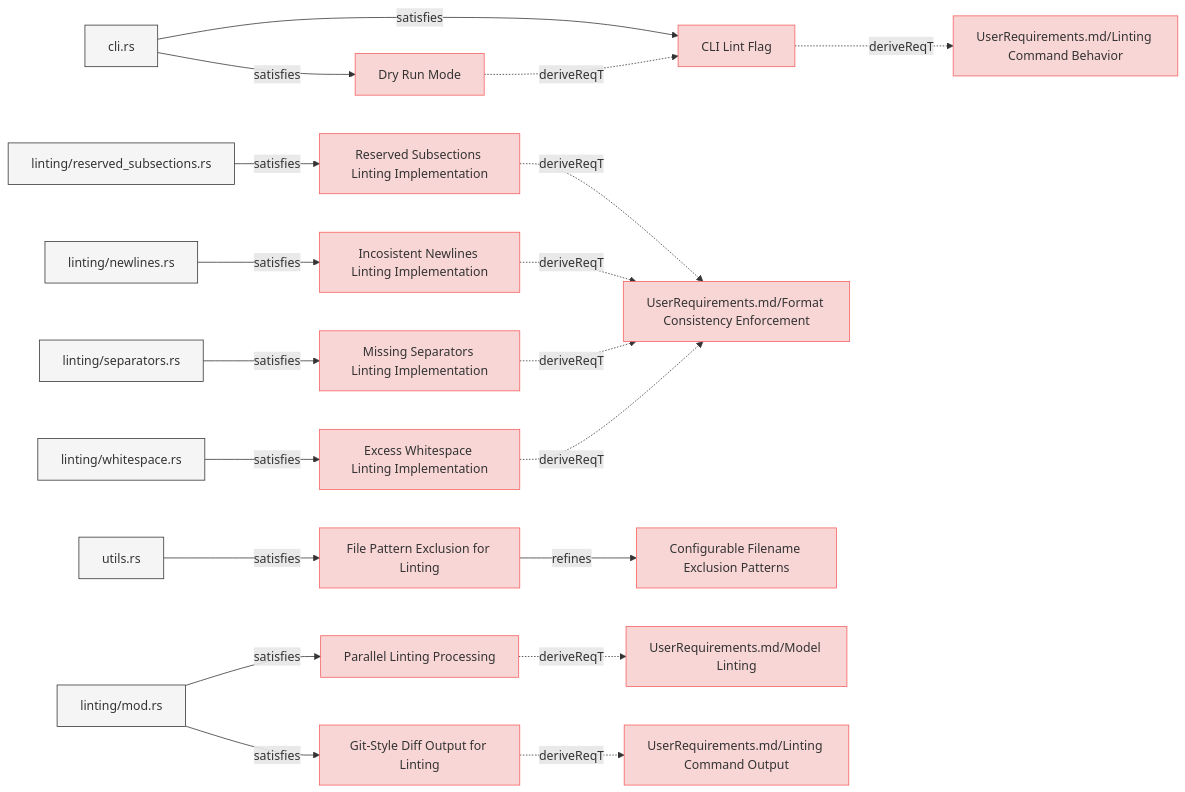
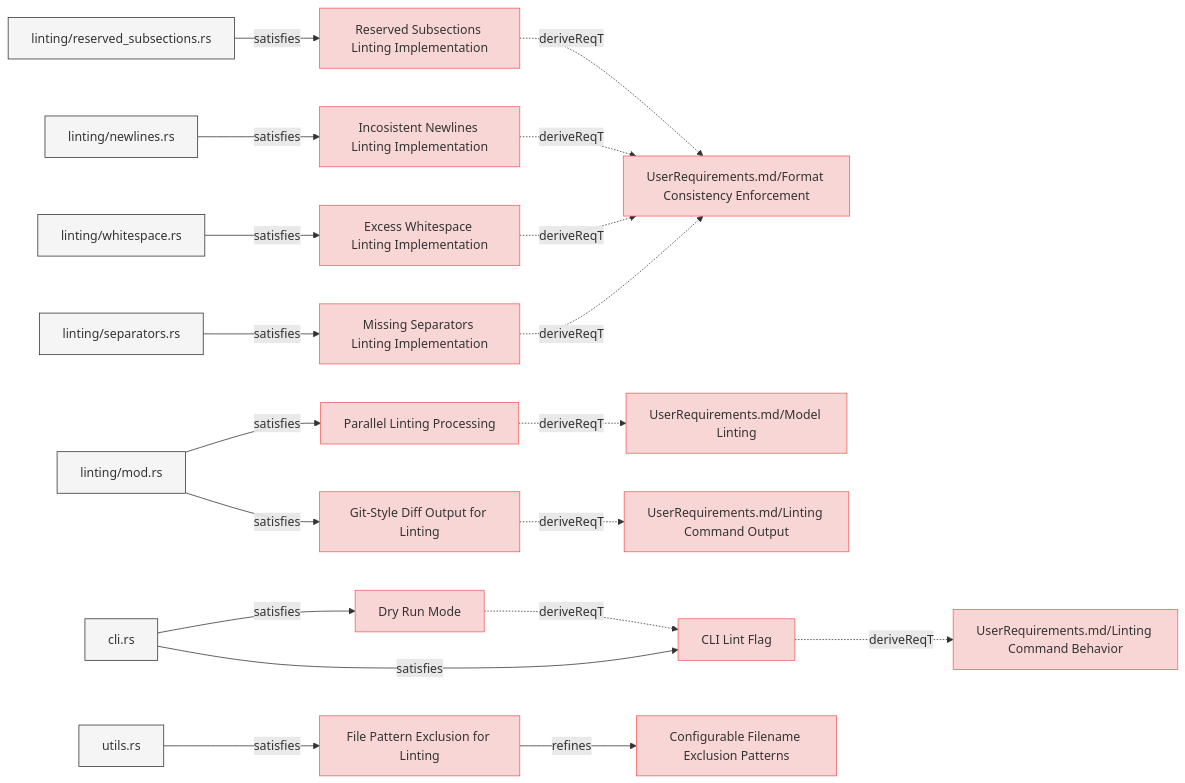
One commit to reqvire-org/reqvire changed the first of 8 diagrams in specifications/SystemRequirements/Requirements.md. Above: the diagram before and after it, drawn with Mermaid. The commit also changed other lines of this file and 16 other files, not shown here.

````diff
--- a/specifications/SystemRequirements/Requirements.md
+++ b/specifications/SystemRequirements/Requirements.md
@@ -9,85 +9,85 @@
   classDef externalLink fill:#d0e0ff,stroke:#3080ff,stroke-width:1px;
   classDef default fill:#f5f5f5,stroke:#333333,stroke-width:1px;
 
+  7c2ad2603d27c318["Git-Style Diff Output for Linting"];
+  click 7c2ad2603d27c318 "https://github.com/Reqvire/reqvire/blob/92e82ef235559b4819fd85d700024b79b452d8e3/specifications/SystemRequirements/Requirements.md#git-style-diff-output-for-linting";
+  class 7c2ad2603d27c318 requirement;
+  62c066a5aad4dafe["UserRequirements.md/Linting Command Output"];
+  class 62c066a5aad4dafe requirement;
+  click 62c066a5aad4dafe "https://github.com/Reqvire/reqvire/blob/92e82ef235559b4819fd85d700024b79b452d8e3/specifications/UserRequirements.md#linting-command-output";
+  7c2ad2603d27c318 -.->|deriveReqT| 62c066a5aad4dafe;
+  3e39cdcf485c5250["linting/mod.rs"];
+  class 3e39cdcf485c5250 default;
+  click 3e39cdcf485c5250 "https://github.com/Reqvire/reqvire/blob/92e82ef235559b4819fd85d700024b79b452d8e3/core/src/linting/mod.rs";
+  3e39cdcf485c5250 -->|satisfies| 7c2ad2603d27c318;
+  f540b21f7eced636["Missing Separators Linting Implementation"];
+  click f540b21f7eced636 "https://github.com/Reqvire/reqvire/blob/92e82ef235559b4819fd85d700024b79b452d8e3/specifications/SystemRequirements/Requirements.md#missing-separators-linting-implementation";
+  class f540b21f7eced636 requirement;
+  1ddbeea0cf8eaad5["UserRequirements.md/Format Consistency Enforcement"];
+  class 1ddbeea0cf8eaad5 requirement;
+  click 1ddbeea0cf8eaad5 "https://github.com/Reqvire/reqvire/blob/92e82ef235559b4819fd85d700024b79b452d8e3/specifications/UserRequirements.md#format-consistency-enforcement";
+  f540b21f7eced636 -.->|deriveReqT| 1ddbeea0cf8eaad5;
+  45e2af09e602182a["linting/separators.rs"];
+  class 45e2af09e602182a default;
+  click 45e2af09e602182a "https://github.com/Reqvire/reqvire/blob/92e82ef235559b4819fd85d700024b79b452d8e3/core/src/linting/separators.rs";
+  45e2af09e602182a -->|satisfies| f540b21f7eced636;
   3f235c1000d5347f["CLI Lint Flag"];
-  click 3f235c1000d5347f "https://github.com/Reqvire/reqvire/blob/b8c43d2689b933838bf1838d8a4cdf3393c9014f/specifications/SystemRequirements/Requirements.md#cli-lint-flag";
+  click 3f235c1000d5347f "https://github.com/Reqvire/reqvire/blob/92e82ef235559b4819fd85d700024b79b452d8e3/specifications/SystemRequirements/Requirements.md#cli-lint-flag";
   class 3f235c1000d5347f requirement;
   28b0f9fa78937e61["UserRequirements.md/Linting Command Behavior"];
   class 28b0f9fa78937e61 requirement;
-  click 28b0f9fa78937e61 "https://github.com/Reqvire/reqvire/blob/b8c43d2689b933838bf1838d8a4cdf3393c9014f/specifications/UserRequirements.md#linting-command";
+  click 28b0f9fa78937e61 "https://github.com/Reqvire/reqvire/blob/92e82ef235559b4819fd85d700024b79b452d8e3/specifications/UserRequirements.md#linting-command";
   3f235c1000d5347f -.->|deriveReqT| 28b0f9fa78937e61;
   2f21d2133dbfd205["cli.rs"];
   class 2f21d2133dbfd205 default;
-  click 2f21d2133dbfd205 "https://github.com/Reqvire/reqvire/blob/b8c43d2689b933838bf1838d8a4cdf3393c9014f/cli/src/cli.rs";
+  click 2f21d2133dbfd205 "https://github.com/Reqvire/reqvire/blob/92e82ef235559b4819fd85d700024b79b452d8e3/cli/src/cli.rs";
   2f21d2133dbfd205 -->|satisfies| 3f235c1000d5347f;
-  56174a2a92eb637["Reserved Subsections Linting Implementation"];
-  click 56174a2a92eb637 "https://github.com/Reqvire/reqvire/blob/b8c43d2689b933838bf1838d8a4cdf3393c9014f/specifications/SystemRequirements/Requirements.md#reserved-subsections-linting-implementation";
-  class 56174a2a92eb637 requirement;
-  1ddbeea0cf8eaad5["UserRequirements.md/Format Consistency Enforcement"];
-  class 1ddbeea0cf8eaad5 requirement;
-  click 1ddbeea0cf8eaad5 "https://github.com/Reqvire/reqvire/blob/b8c43d2689b933838bf1838d8a4cdf3393c9014f/specifications/UserRequirements.md#format-consistency-enforcement";
-  56174a2a92eb637 -.->|deriveReqT| 1ddbeea0cf8eaad5;
-  8c7c2481d50c628c["linting/reserved_subsections.rs"];
-  class 8c7c2481d50c628c default;
-  click 8c7c2481d50c628c "https://github.com/Reqvire/reqvire/blob/b8c43d2689b933838bf1838d8a4cdf3393c9014f/core/src/linting/indentation.rs";
-  8c7c2481d50c628c -->|satisfies| 56174a2a92eb637;
   48e8a0b4b18111c4["File Pattern Exclusion for Linting"];
-  click 48e8a0b4b18111c4 "https://github.com/Reqvire/reqvire/blob/b8c43d2689b933838bf1838d8a4cdf3393c9014f/specifications/SystemRequirements/Requirements.md#file-pattern-exclusion-for-linting";
+  click 48e8a0b4b18111c4 "https://github.com/Reqvire/reqvire/blob/92e82ef235559b4819fd85d700024b79b452d8e3/specifications/SystemRequirements/Requirements.md#file-pattern-exclusion-for-linting";
   class 48e8a0b4b18111c4 requirement;
   4bf74699f40f4a76["Configurable Filename Exclusion Patterns"];
   class 4bf74699f40f4a76 requirement;
-  click 4bf74699f40f4a76 "https://github.com/Reqvire/reqvire/blob/b8c43d2689b933838bf1838d8a4cdf3393c9014f/specifications/SystemRequirements/Requirements.md#configurable-filename-exclusion-patterns";
+  click 4bf74699f40f4a76 "https://github.com/Reqvire/reqvire/blob/92e82ef235559b4819fd85d700024b79b452d8e3/specifications/SystemRequirements/Requirements.md#configurable-filename-exclusion-patterns";
   48e8a0b4b18111c4 -->|refines| 4bf74699f40f4a76;
   85989fd7bb727157["utils.rs"];
   class 85989fd7bb727157 default;
-  click 85989fd7bb727157 "https://github.com/Reqvire/reqvire/blob/b8c43d2689b933838bf1838d8a4cdf3393c9014f/core/src/utils.rs";
+  click 85989fd7bb727157 "https://github.com/Reqvire/reqvire/blob/92e82ef235559b4819fd85d700024b79b452d8e3/core/src/utils.rs";
   85989fd7bb727157 -->|satisfies| 48e8a0b4b18111c4;
+  ab8dfb01e717d34["Excess Whitespace Linting Implementation"];
+  click ab8dfb01e717d34 "https://github.com/Reqvire/reqvire/blob/92e82ef235559b4819fd85d700024b79b452d8e3/specifications/SystemRequirements/Requirements.md#excess-whitespace-linting-implementation";
+  class ab8dfb01e717d34 requirement;
+  ab8dfb01e717d34 -.->|deriveReqT| 1ddbeea0cf8eaad5;
+  fd5178bf78bae55c["linting/whitespace.rs"];
+  class fd5178bf78bae55c default;
+  click fd5178bf78bae55c "https://github.com/Reqvire/reqvire/blob/92e82ef235559b4819fd85d700024b79b452d8e3/core/src/linting/whitespace.rs";
+  fd5178bf78bae55c -->|satisfies| ab8dfb01e717d34;
+  d21b16b30de7350d["Dry Run Mode"];
+  click d21b16b30de7350d "https://github.com/Reqvire/reqvire/blob/92e82ef235559b4819fd85d700024b79b452d8e3/specifications/SystemRequirements/Requirements.md#dry-run-mode";
+  class d21b16b30de7350d requirement;
+  d21b16b30de7350d -.->|deriveReqT| 3f235c1000d5347f;
+  2f21d2133dbfd205 -->|satisfies| d21b16b30de7350d;
   e42a0715e74ccd66["Incosistent Newlines Linting Implementation"];
-  click e42a0715e74ccd66 "https://github.com/Reqvire/reqvire/blob/b8c43d2689b933838bf1838d8a4cdf3393c9014f/specifications/SystemRequirements/Requirements.md#incosistent-newlines-linting-implementation";
+  click e42a0715e74ccd66 "https://github.com/Reqvire/reqvire/blob/92e82ef235559b4819fd85d700024b79b452d8e3/specifications/SystemRequirements/Requirements.md#incosistent-newlines-linting-implementation";
   class e42a0715e74ccd66 requirement;
   e42a0715e74ccd66 -.->|deriveReqT| 1ddbeea0cf8eaad5;
   411d20097517505a["linting/newlines.rs"];
   class 411d20097517505a default;
-  click 411d20097517505a "https://github.com/Reqvire/reqvire/blob/b8c43d2689b933838bf1838d8a4cdf3393c9014f/core/src/linting/newlines.rs";
+  click 411d20097517505a "https://github.com/Reqvire/reqvire/blob/92e82ef235559b4819fd85d700024b79b452d8e3/core/src/linting/newlines.rs";
   411d20097517505a -->|satisfies| e42a0715e74ccd66;
   c87ad8ce58149089["Parallel Linting Processing"];
-  click c87ad8ce58149089 "https://github.com/Reqvire/reqvire/blob/b8c43d2689b933838bf1838d8a4cdf3393c9014f/specifications/SystemRequirements/Requirements.md#parallel-linting-processing";
+  click c87ad8ce58149089 "https://github.com/Reqvire/reqvire/blob/92e82ef235559b4819fd85d700024b79b452d8e3/specifications/SystemRequirements/Requirements.md#parallel-linting-processing";
   class c87ad8ce58149089 requirement;
   84c4dc11e82e8638["UserRequirements.md/Model Linting"];
   class 84c4dc11e82e8638 requirement;
-  click 84c4dc11e82e8638 "https://github.com/Reqvire/reqvire/blob/b8c43d2689b933838bf1838d8a4cdf3393c9014f/specifications/UserRequirements.md#model-linting";
+  click 84c4dc11e82e8638 "https://github.com/Reqvire/reqvire/blob/92e82ef235559b4819fd85d700024b79b452d8e3/specifications/UserRequirements.md#model-linting";
   c87ad8ce58149089 -.->|deriveReqT| 84c4dc11e82e8638;
-  3e39cdcf485c5250["linting/mod.rs"];
-  class 3e39cdcf485c5250 default;
-  click 3e39cdcf485c5250 "https://github.com/Reqvire/reqvire/blob/b8c43d2689b933838bf1838d8a4cdf3393c9014f/core/src/linting/mod.rs";
   3e39cdcf485c5250 -->|satisfies| c87ad8ce58149089;
-  f540b21f7eced636["Missing Separators Linting Implementation"];
-  click f540b21f7eced636 "https://github.com/Reqvire/reqvire/blob/b8c43d2689b933838bf1838d8a4cdf3393c9014f/specifications/SystemRequirements/Requirements.md#missing-separators-linting-implementation";
-  class f540b21f7eced636 requirement;
-  f540b21f7eced636 -.->|deriveReqT| 1ddbeea0cf8eaad5;
-  45e2af09e602182a["linting/separators.rs"];
-  class 45e2af09e602182a default;
-  click 45e2af09e602182a "https://github.com/Reqvire/reqvire/blob/b8c43d2689b933838bf1838d8a4cdf3393c9014f/core/src/linting/separators.rs";
-  45e2af09e602182a -->|satisfies| f540b21f7eced636;
-  7c2ad2603d27c318["Git-Style Diff Output for Linting"];
-  click 7c2ad2603d27c318 "https://github.com/Reqvire/reqvire/blob/b8c43d2689b933838bf1838d8a4cdf3393c9014f/specifications/SystemRequirements/Requirements.md#git-style-diff-output-for-linting";
-  class 7c2ad2603d27c318 requirement;
-  62c066a5aad4dafe["UserRequirements.md/Linting Command Output"];
-  class 62c066a5aad4dafe requirement;
-  click 62c066a5aad4dafe "https://github.com/Reqvire/reqvire/blob/b8c43d2689b933838bf1838d8a4cdf3393c9014f/specifications/UserRequirements.md#linting-command-output";
-  7c2ad2603d27c318 -.->|deriveReqT| 62c066a5aad4dafe;
-  3e39cdcf485c5250 -->|satisfies| 7c2ad2603d27c318;
-  ab8dfb01e717d34["Excess Whitespace Linting Implementation"];
-  click ab8dfb01e717d34 "https://github.com/Reqvire/reqvire/blob/b8c43d2689b933838bf1838d8a4cdf3393c9014f/specifications/SystemRequirements/Requirements.md#excess-whitespace-linting-implementation";
-  class ab8dfb01e717d34 requirement;
-  ab8dfb01e717d34 -.->|deriveReqT| 1ddbeea0cf8eaad5;
-  fd5178bf78bae55c["linting/whitespace.rs"];
-  class fd5178bf78bae55c default;
-  click fd5178bf78bae55c "https://github.com/Reqvire/reqvire/blob/b8c43d2689b933838bf1838d8a4cdf3393c9014f/core/src/linting/whitespace.rs";
-  fd5178bf78bae55c -->|satisfies| ab8dfb01e717d34;
-  d21b16b30de7350d["Dry Run Mode"];
-  click d21b16b30de7350d "https://github.com/Reqvire/reqvire/blob/b8c43d2689b933838bf1838d8a4cdf3393c9014f/specifications/SystemRequirements/Requirements.md#dry-run-mode";
-  class d21b16b30de7350d requirement;
-  d21b16b30de7350d -.->|deriveReqT| 3f235c1000d5347f;
-  2f21d2133dbfd205 -->|satisfies| d21b16b30de7350d;
+  56174a2a92eb637["Reserved Subsections Linting Implementation"];
+  click 56174a2a92eb637 "https://github.com/Reqvire/reqvire/blob/92e82ef235559b4819fd85d700024b79b452d8e3/specifications/SystemRequirements/Requirements.md#reserved-subsections-linting-implementation";
+  class 56174a2a92eb637 requirement;
+  56174a2a92eb637 -.->|deriveReqT| 1ddbeea0cf8eaad5;
+  8c7c2481d50c628c["linting/reserved_subsections.rs"];
+  class 8c7c2481d50c628c default;
+  click 8c7c2481d50c628c "https://github.com/Reqvire/reqvire/blob/92e82ef235559b4819fd85d700024b79b452d8e3/core/src/linting/indentation.rs";
+  8c7c2481d50c628c -->|satisfies| 56174a2a92eb637;
 ```
````
